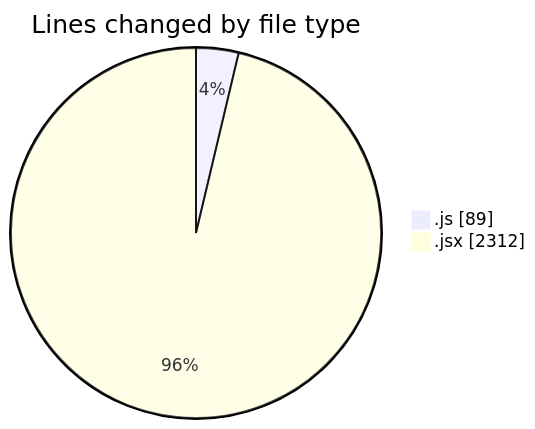
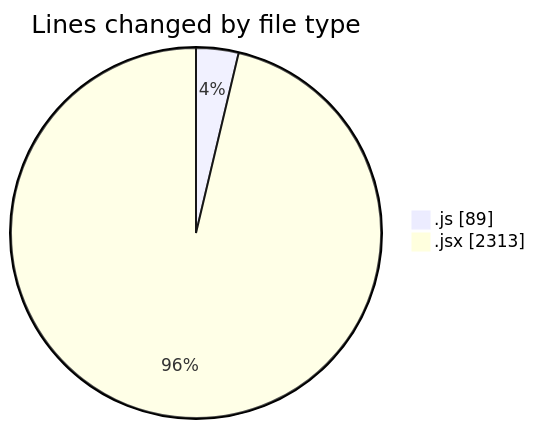
One commit to nxtqubesakshisongat/code-tracking changed the first of 2 diagrams in 2025-05-03/nxtqube_webapp/README.md. Above: the diagram before and after it, drawn with Mermaid. The commit also changed other lines of this file and 1 other file, not shown here.

````diff
--- a/2025-05-03/nxtqube_webapp/README.md
+++ b/2025-05-03/nxtqube_webapp/README.md
@@ -23,6 +23,6 @@
 ```mermaid
 pie showData
 title Lines changed by file type
 ".js" : 89
-".jsx" : 2312
+".jsx" : 2313
 ```
````
